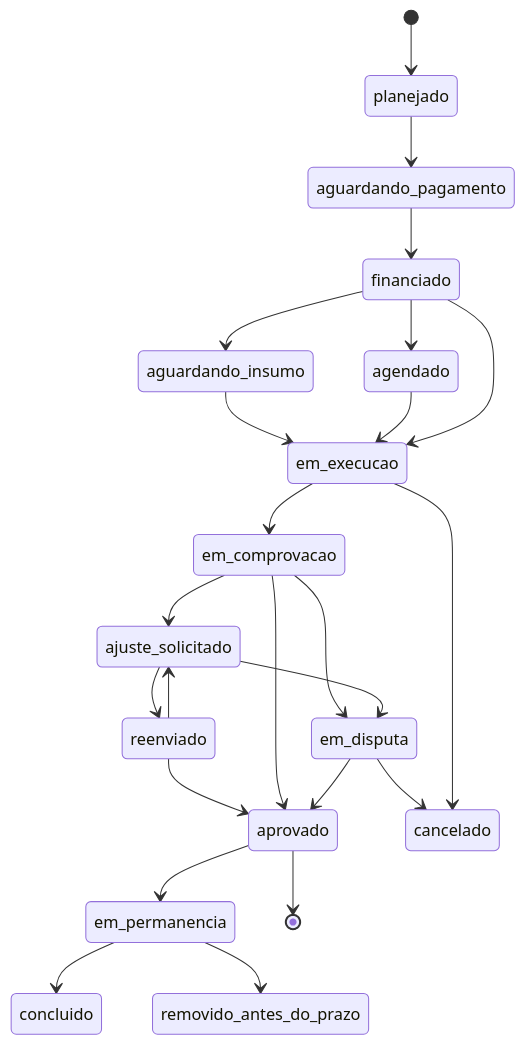
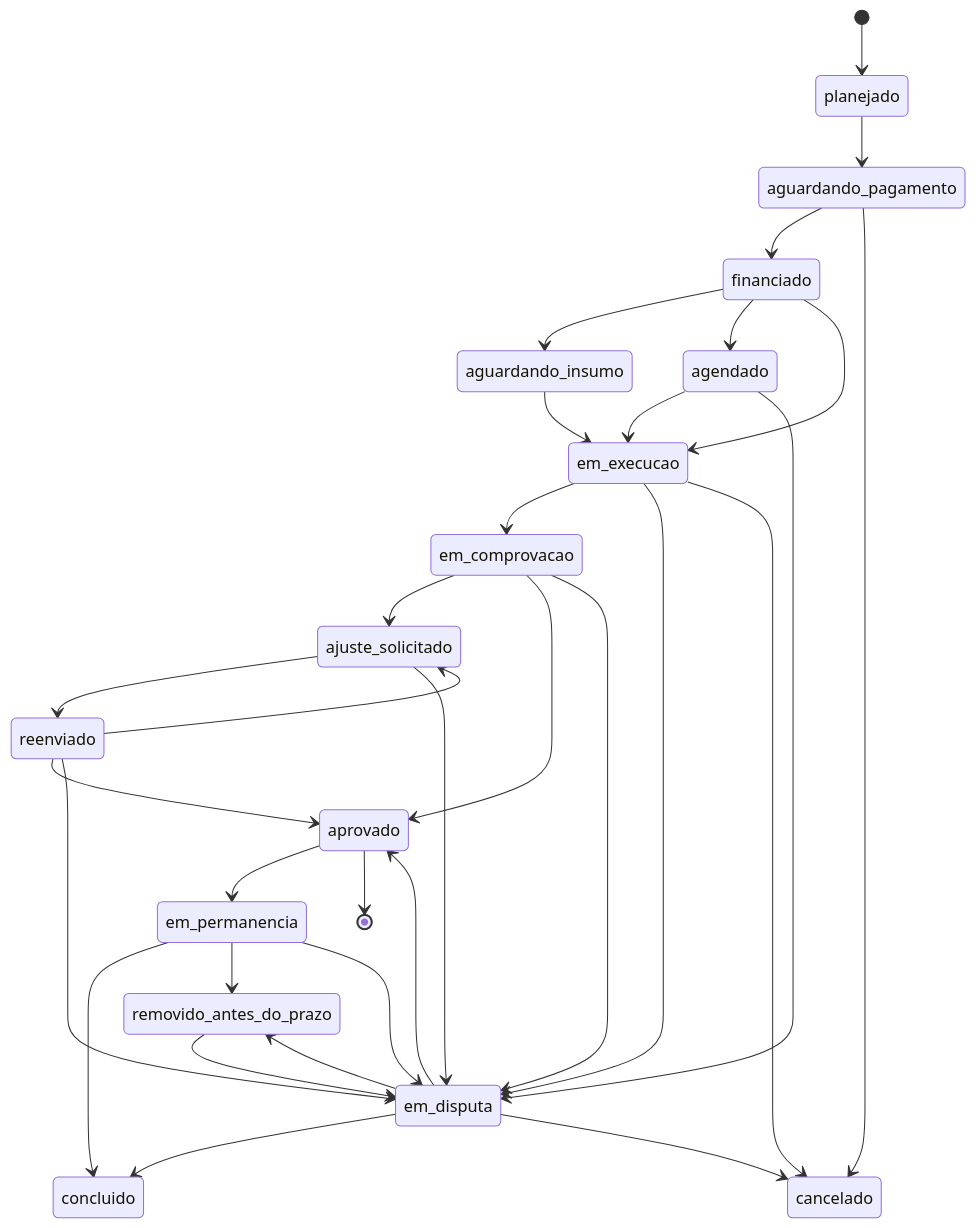
Before and after one commit to marcotuliobsouza/influentz-spec: the fourth of 4 diagrams in docs/MAQUINA-DE-ESTADOS.md, drawn with Mermaid. The commit also changed other lines of this file and 8 other files, not shown here.

````diff
--- a/docs/MAQUINA-DE-ESTADOS.md
+++ b/docs/MAQUINA-DE-ESTADOS.md
@@ -320,26 +370,34 @@
 ```mermaid
 stateDiagram-v2
     [*] --> planejado
     planejado --> aguardando_pagamento
     aguardando_pagamento --> financiado
+    aguardando_pagamento --> cancelado
     financiado --> aguardando_insumo
     aguardando_insumo --> em_execucao
     financiado --> agendado
     agendado --> em_execucao
     financiado --> em_execucao
     em_execucao --> em_comprovacao
     em_comprovacao --> ajuste_solicitado
     ajuste_solicitado --> reenviado
     reenviado --> ajuste_solicitado
     reenviado --> aprovado
     em_comprovacao --> aprovado
     aprovado --> em_permanencia
     em_permanencia --> concluido
     em_permanencia --> removido_antes_do_prazo
+    em_permanencia --> em_disputa
+    removido_antes_do_prazo --> em_disputa
+    em_disputa --> concluido
+    em_disputa --> removido_antes_do_prazo
     em_comprovacao --> em_disputa
     ajuste_solicitado --> em_disputa
+    em_execucao --> em_disputa
+    reenviado --> em_disputa
+    agendado --> em_disputa
     em_disputa --> aprovado
     em_disputa --> cancelado
     em_execucao --> cancelado
     aprovado --> [*]
 ```
````
